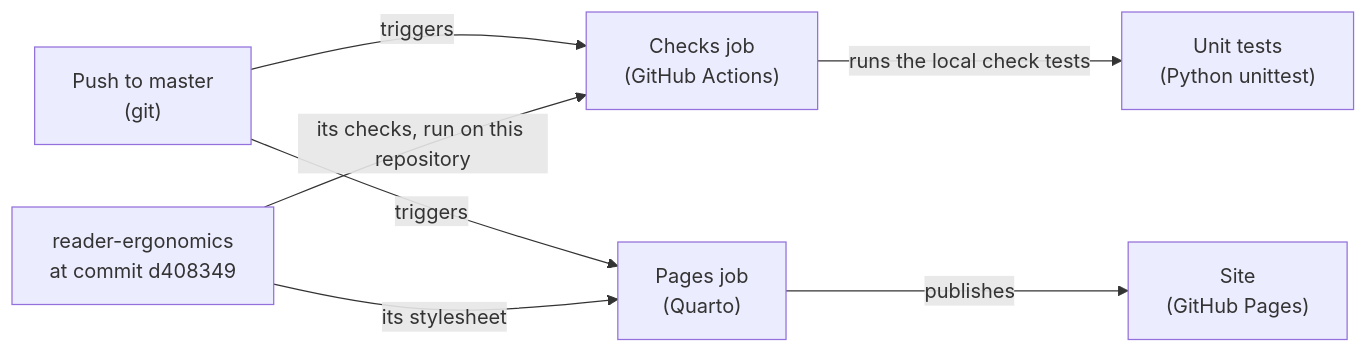
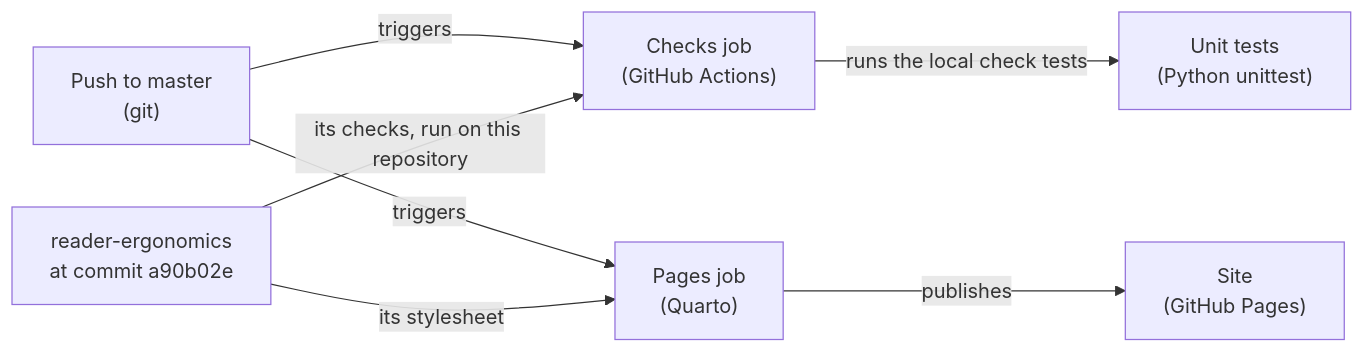
One commit to Tewf/reader-ergonomics-software-design changed the diagram in shapes/system-diagram.md. Above: the diagram before and after it, drawn with Mermaid. The commit also changed other lines of this file and 28 other files, not shown here.

First line of the commit message:
Move to reader-ergonomics v1.3.2

````diff
--- a/shapes/system-diagram.md
+++ b/shapes/system-diagram.md
@@ -80,9 +80,9 @@
 ```mermaid
 flowchart LR
     push["Push to master<br/>(git)"] -->|"triggers"| checks["Checks job<br/>(GitHub Actions)"]
-    standard["reader-ergonomics<br/>at commit d408349"] -->|"its checks, run on this repository"| checks
+    standard["reader-ergonomics<br/>at commit a90b02e"] -->|"its checks, run on this repository"| checks
     checks -->|"runs the local check tests"| tests["Unit tests<br/>(Python unittest)"]
     push -->|"triggers"| pages["Pages job<br/>(Quarto)"]
     standard -->|"its stylesheet"| pages
     pages -->|"publishes"| site["Site<br/>(GitHub Pages)"]
 ```
````
